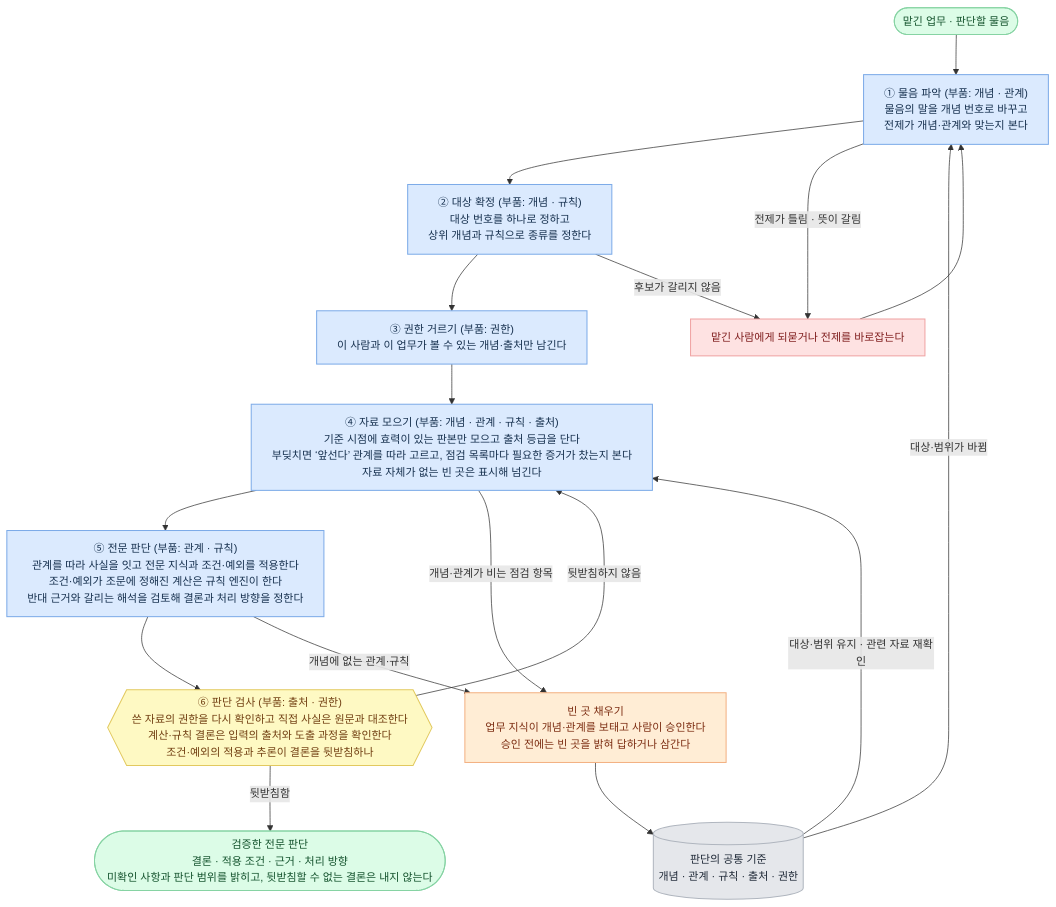
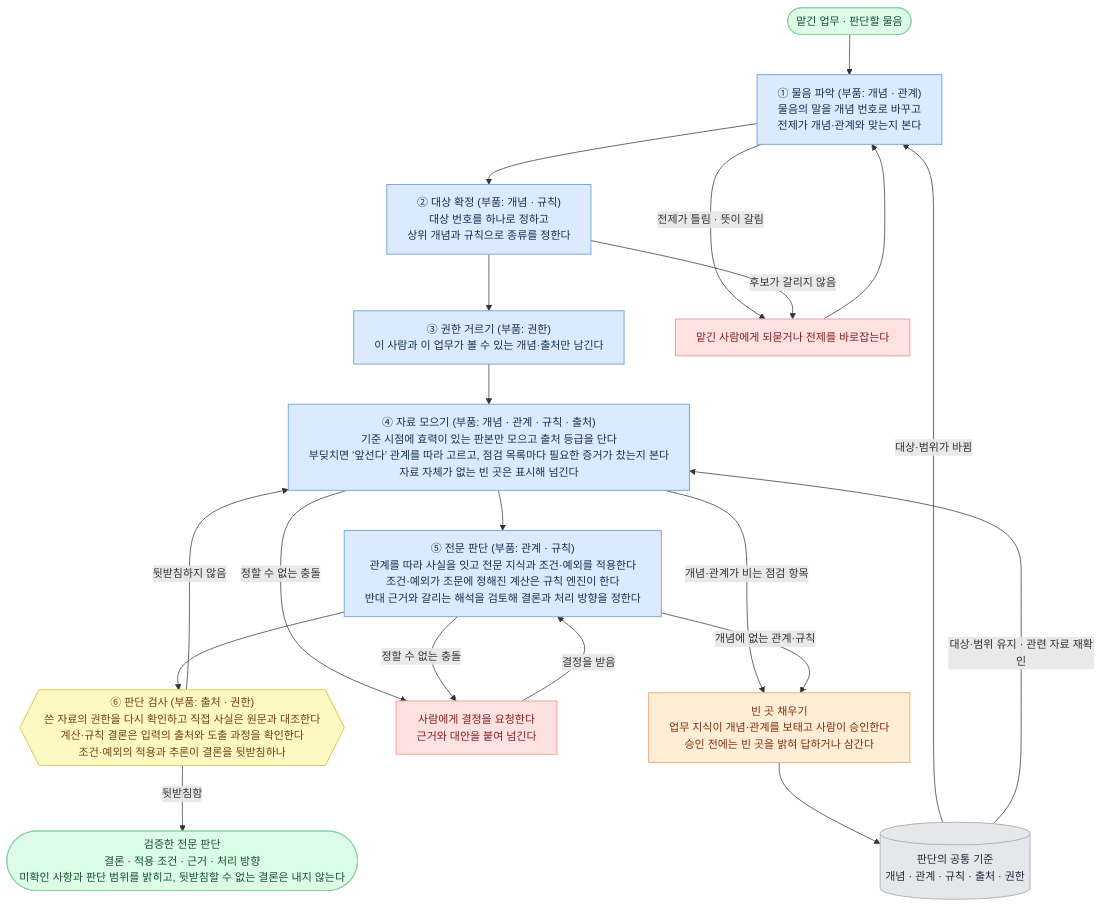
One commit to harisbaguette/expert changed the eighth of 8 diagrams in 전문가 에이전트 정의 1.md. Above: the diagram before and after it, drawn with Mermaid. The commit also changed other lines of this file and 14 other files, not shown here.

````diff
--- a/전문가 에이전트 정의 1.md
+++ b/전문가 에이전트 정의 1.md
@@ -1337,34 +1339,38 @@
 ```mermaid
 %%{init: {"flowchart": {"wrappingWidth": 640, "curve": "basis", "nodeSpacing": 45, "rankSpacing": 55, "padding": 14, "useMaxWidth": true}, "themeVariables": {"fontSize": "15px"}} }%%
 flowchart TB
     Q(["맡긴 업무 · 판단할 물음"]):::good
     P["① 물음 파악 (부품: 개념 · 관계)<br/>물음의 말을 개념 번호로 바꾸고<br/>전제가 개념·관계와 맞는지 본다"]:::main
     T["② 대상 확정 (부품: 개념 · 규칙)<br/>대상 번호를 하나로 정하고<br/>상위 개념과 규칙으로 종류를 정한다"]:::main
     R["③ 권한 거르기 (부품: 권한)<br/>이 사람과 이 업무가 볼 수 있는 개념·출처만 남긴다"]:::main
     D["④ 자료 모으기 (부품: 개념 · 관계 · 규칙 · 출처)<br/>기준 시점에 효력이 있는 판본만 모으고 출처 등급을 단다<br/>부딪치면 ‘앞선다’ 관계를 따라 고르고, 점검 목록마다 필요한 증거가 찼는지 본다<br/>자료 자체가 없는 빈 곳은 표시해 넘긴다"]:::main
     I["⑤ 전문 판단 (부품: 관계 · 규칙)<br/>관계를 따라 사실을 잇고 전문 지식과 조건·예외를 적용한다<br/>조건·예외가 조문에 정해진 계산은 규칙 엔진이 한다<br/>반대 근거와 갈리는 해석을 검토해 결론과 처리 방향을 정한다"]:::main
     C{{"⑥ 판단 검사 (부품: 출처 · 권한)<br/>쓴 자료의 권한을 다시 확인하고 직접 사실은 원문과 대조한다<br/>계산·규칙 결론은 입력의 출처와 도출 과정을 확인한다<br/>조건·예외의 적용과 추론이 결론을 뒷받침하나"}}:::note
     A(["검증한 전문 판단<br/>결론 · 적용 조건 · 근거 · 처리 방향<br/>미확인 사항과 판단 범위를 밝히고, 뒷받침할 수 없는 결론은 내지 않는다"]):::good
     ASK["맡긴 사람에게 되묻거나 전제를 바로잡는다"]:::stop
+    DEC["사람에게 결정을 요청한다<br/>근거와 대안을 붙여 넘긴다"]:::stop
     GAP["빈 곳 채우기<br/>업무 지식이 개념·관계를 보태고 사람이 승인한다<br/>승인 전에는 빈 곳을 밝혀 답하거나 삼간다"]:::back
     ONT[("판단의 공통 기준<br/>개념 · 관계 · 규칙 · 출처 · 권한")]:::store
 
     Q --> P --> T --> R --> D --> I --> C
     C -- "뒷받침함" --> A
     P -- "전제가 틀림 · 뜻이 갈림" --> ASK
     T -- "후보가 갈리지 않음" --> ASK
     ASK --> P
     C -- "뒷받침하지 않음" --> D
     D -- "개념·관계가 비는 점검 항목" --> GAP
     I -- "개념에 없는 관계·규칙" --> GAP
     GAP --> ONT
     ONT -- "대상·범위가 바뀜" --> P
     ONT -- "대상·범위 유지 · 관련 자료 재확인" --> D
+    D -- "정할 수 없는 충돌" --> DEC
+    I -- "정할 수 없는 충돌" --> DEC
+    DEC -- "결정을 받음" --> I
 
     classDef main fill:#dbeafe,stroke:#7dabe8,stroke-width:1.4px,color:#17314f
     classDef stop fill:#fee2e2,stroke:#f0a3a3,stroke-width:1.4px,color:#7f1d1d
     classDef back fill:#ffedd5,stroke:#f3b183,stroke-width:1.4px,color:#7c2d12
     classDef store fill:#e5e7eb,stroke:#b0b6bf,stroke-width:1.4px,color:#1f2937
     classDef good fill:#dcfce7,stroke:#86d3a3,stroke-width:1.4px,color:#14532d
     classDef note fill:#fef9c3,stroke:#e2c95f,stroke-width:1.4px,color:#713f12
 ```
````
